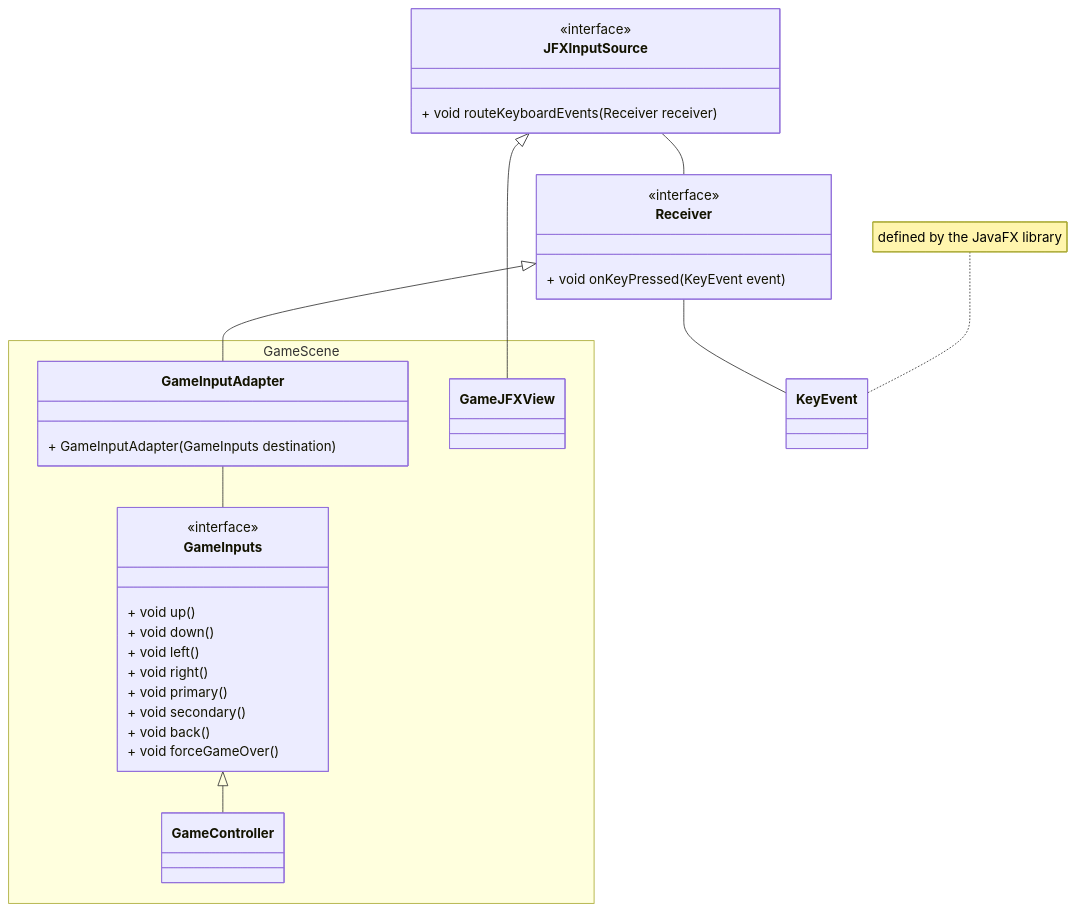
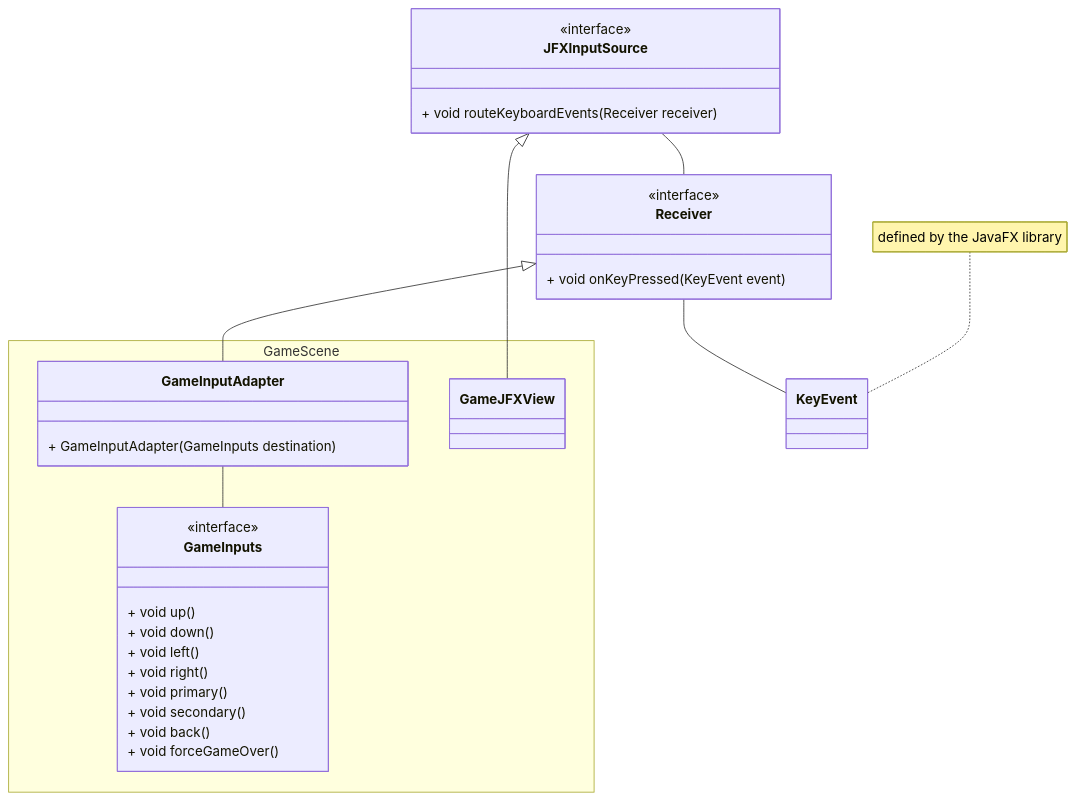
Before and after one commit to unibo-oop-projects/OOP23-Carletti-Catena-DallAra-DallaTheMage-MatteoGodzilla-MattiaRocchi-Labyrinth: the fourth of 5 diagrams in report.md, drawn with Mermaid. The commit also changed other lines of this file, not shown here.

Commit message:
Added UML in Analysis chapter and for Executor class in

````diff
--- a/report.md
+++ b/report.md
@@ -135,42 +282,40 @@
 ```mermaid
 classDiagram
   JFXInputSource -- Receiver
   Receiver -- KeyEvent
   GameInputAdapter -- GameInputs
 
   JFXInputSource <|-- GameJFXView
   Receiver <|-- GameInputAdapter
-  GameInputs <|-- GameController
 
   class KeyEvent { }
   note for KeyEvent "defined by the JavaFX library"
 
   namespace GameScene {
     class GameJFXView { }
-    class GameInputAdapter {
-      + GameInputAdapter(GameInputs destination)
-    }
     class GameInputs {
       <<interface>>
       + void up()
       + void down()
       + void left()
       + void right()
       + void primary()
       + void secondary()
       + void back()
       + void forceGameOver()
     }
-    class GameController { }
+    class GameInputAdapter {
+      + GameInputAdapter(GameInputs destination)
+    }
   }
 
   class JFXInputSource {
     <<interface>>
     + void routeKeyboardEvents(Receiver receiver)
   }
 
   class Receiver {
     <<interface>>
     + void onKeyPressed(KeyEvent event)
   }
 ```
````
